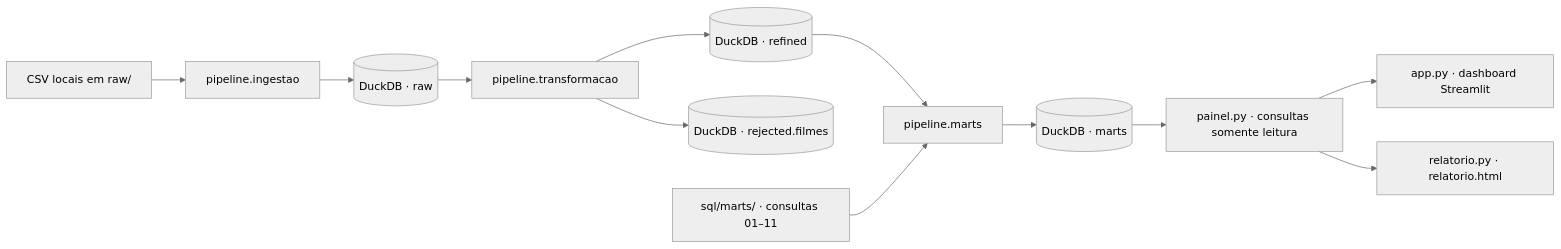
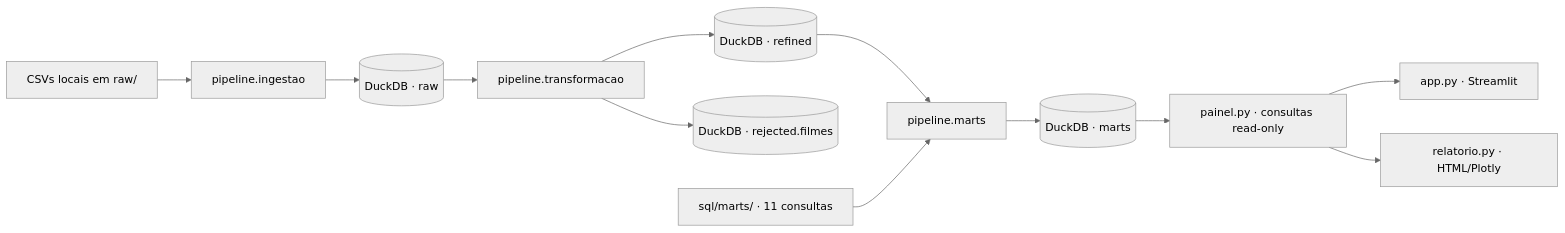
The diagram in README.md (robertrossi/movie-data-pipeline), drawn with Mermaid (neutral theme) before and after one commit. The commit also changed other lines of this file and 4 other files, not shown here.

````diff
--- a/README.md
+++ b/README.md
@@ -29,14 +97,14 @@
 ```mermaid
 flowchart LR
-    CSV["CSV locais em raw/"] --> ING["pipeline.ingestao"]
-    ING --> RAW[("DuckDB · raw")]
-    RAW --> TRANS["pipeline.transformacao"]
-    TRANS --> REF[("DuckDB · refined")]
-    TRANS --> REJ[("DuckDB · rejected.filmes")]
-    REF --> PUB["pipeline.marts"]
-    SQL["sql/marts/ · consultas 01–11"] --> PUB
-    PUB --> DBM[("DuckDB · marts")]
-    DBM --> PAINEL["painel.py · consultas somente leitura"]
-    PAINEL --> APP["app.py · dashboard Streamlit"]
-    PAINEL --> HTML["relatorio.py · relatorio.html"]
+    CSV["CSVs locais em raw/"] --> ING["pipeline.ingestao"]
+    ING --> RAW[("DuckDB · raw")]
+    RAW --> TRANS["pipeline.transformacao"]
+    TRANS --> REF[("DuckDB · refined")]
+    TRANS --> REJ[("DuckDB · rejected.filmes")]
+    REF --> PUB["pipeline.marts"]
+    SQL["sql/marts/ · 11 consultas"] --> PUB
+    PUB --> MARTS[("DuckDB · marts")]
+    MARTS --> PAINEL["painel.py · consultas read-only"]
+    PAINEL --> APP["app.py · Streamlit"]
+    PAINEL --> REL["relatorio.py · HTML/Plotly"]
 ```
````
